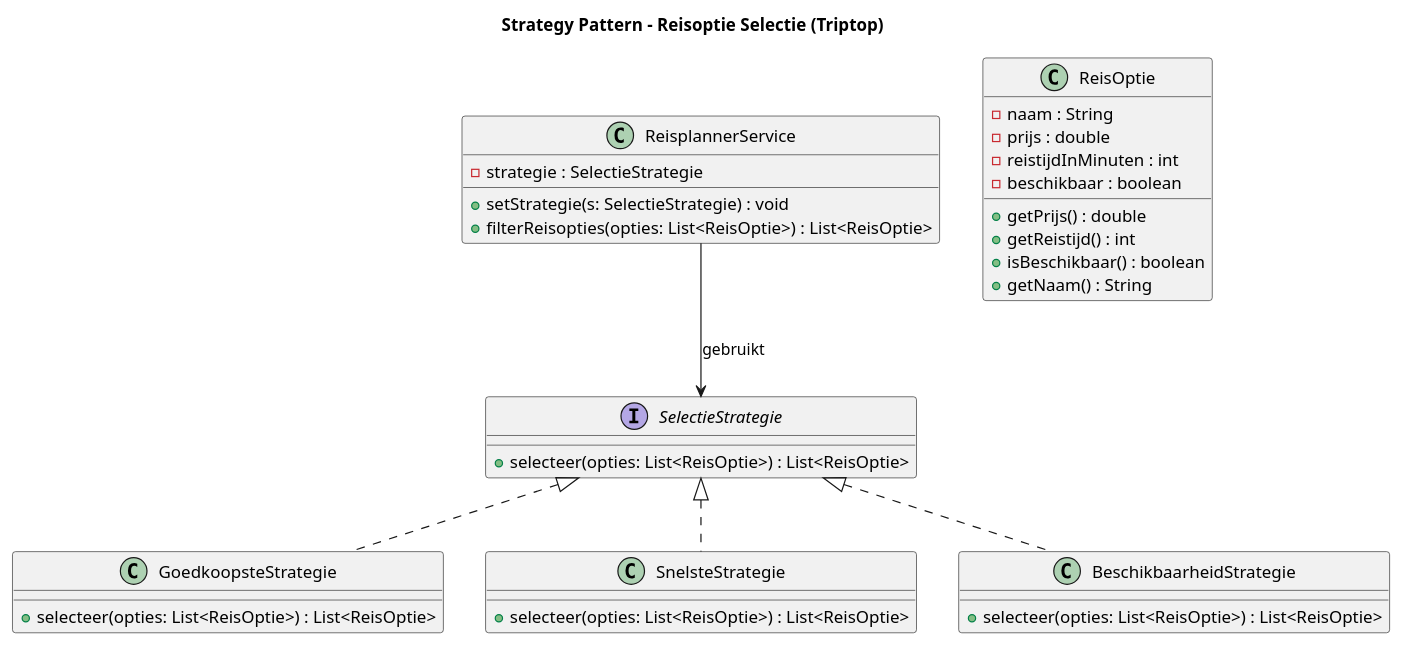
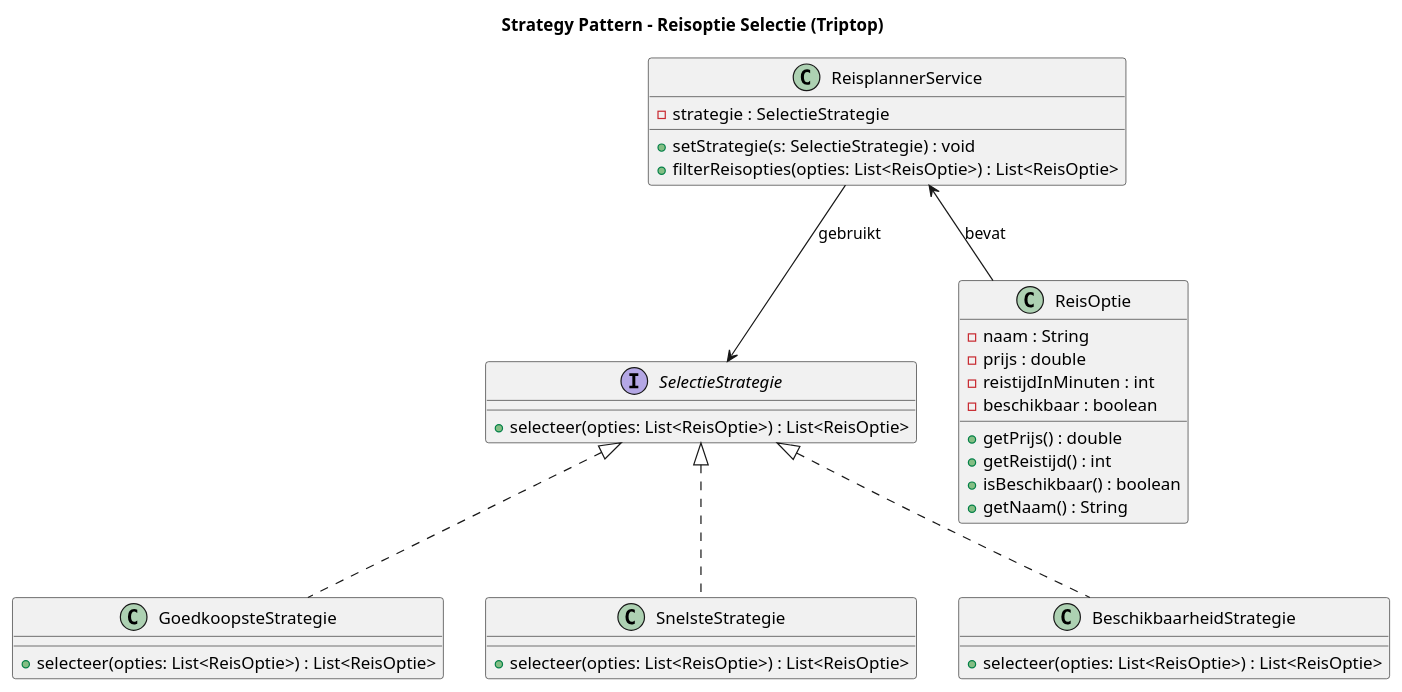
The diagram in opdracht-diagrammen/strategie-reisoptie-selectie.puml (AIM-ENE-feb25/triptop-groep-4-afscheidscadeau-voor-juf-kim), drawn with PlantUML before and after one commit.

Commit message:
KleineUpdatePUML

```diff
--- a/opdracht-diagrammen/strategie-reisoptie-selectie.puml
+++ b/opdracht-diagrammen/strategie-reisoptie-selectie.puml
@@ -1,42 +1,43 @@
 @startuml
 title Strategy Pattern - Reisoptie Selectie (Triptop)
 
 interface SelectieStrategie {
     + selecteer(opties: List<ReisOptie>) : List<ReisOptie>
 }
 
 class ReisOptie {
     - naam : String
     - prijs : double
     - reistijdInMinuten : int
     - beschikbaar : boolean
     + getPrijs() : double
     + getReistijd() : int
     + isBeschikbaar() : boolean
     + getNaam() : String
 }
 
 class GoedkoopsteStrategie {
     + selecteer(opties: List<ReisOptie>) : List<ReisOptie>
 }
 
 class SnelsteStrategie {
     + selecteer(opties: List<ReisOptie>) : List<ReisOptie>
 }
 
 class BeschikbaarheidStrategie {
     + selecteer(opties: List<ReisOptie>) : List<ReisOptie>
 }
 
 class ReisplannerService {
     - strategie : SelectieStrategie
     + setStrategie(s: SelectieStrategie) : void
     + filterReisopties(opties: List<ReisOptie>) : List<ReisOptie>
 }
 
 SelectieStrategie <|.. GoedkoopsteStrategie
 SelectieStrategie <|.. SnelsteStrategie
 SelectieStrategie <|.. BeschikbaarheidStrategie
 
 ReisplannerService --> SelectieStrategie : gebruikt
+ReisplannerService <-- ReisOptie : bevat
 @enduml
```
